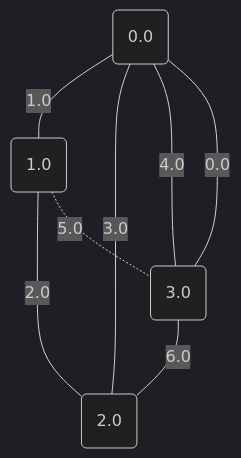
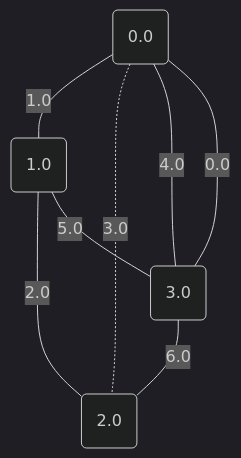
Before and after one commit to metury/graphs: the second of 5 diagrams in project/src/testing/minCut.md, drawn with Mermaid (dark theme). The commit also changed other lines of this file and 50 other files, not shown here.

````diff
--- a/project/src/testing/minCut.md
+++ b/project/src/testing/minCut.md
@@ -32,14 +32,14 @@
 ```mermaid
 graph TD;
 0("0.0");
 1("1.0");
 2("2.0");
 3("3.0");
 	3 -- "0.0" --- 0;
 	0 -- "1.0" --- 1;
 	1 -- "2.0" --- 2;
-	0 -- "3.0" --- 2;
+	0 -. "3.0" -.- 2;
 	0 -- "4.0" --- 3;
-	1 -. "5.0" -.- 3;
+	1 -- "5.0" --- 3;
 	3 -- "6.0" --- 2;
 ```
````
